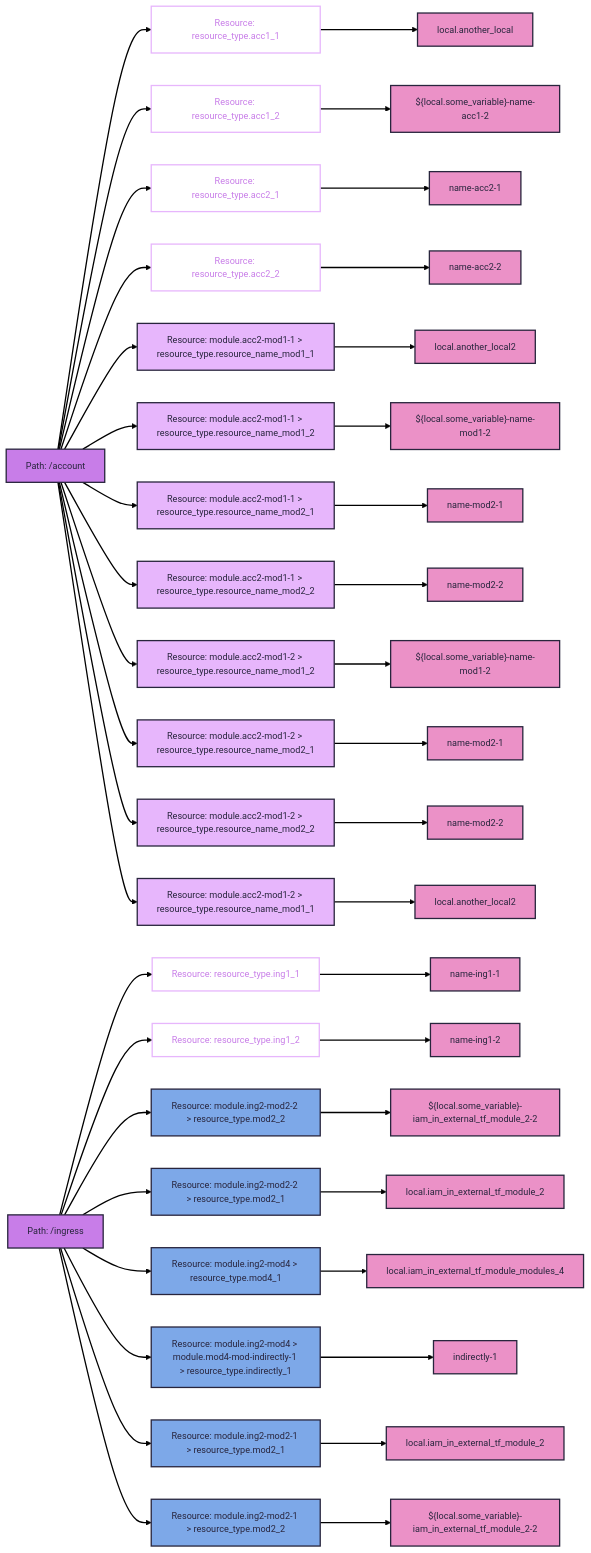
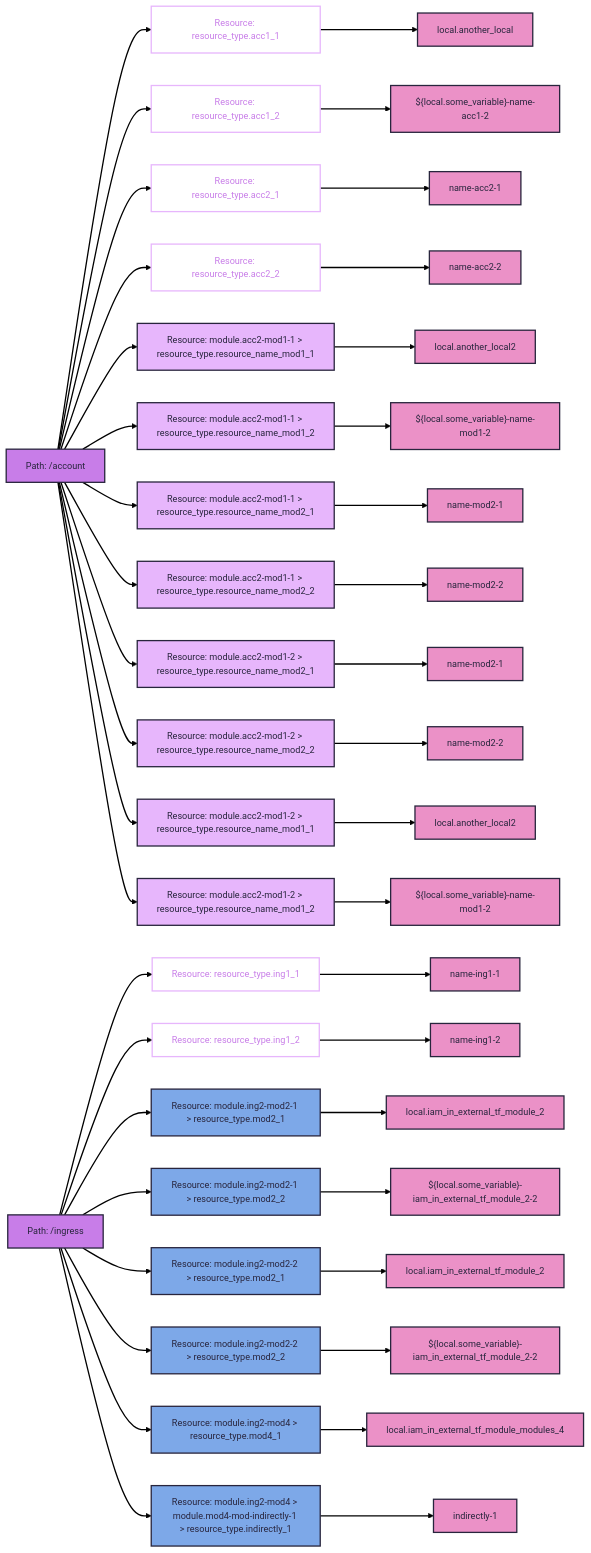
The diagram in output.mmd (keenbytes/tfsketch), drawn with Mermaid before and after one commit. The commit also changed other lines of this file and 2 other files, not shown here.

```diff
--- a/output.mmd
+++ b/output.mmd
@@ -1,30 +1,30 @@
 ---
 config:
   theme: redux
 ---
 flowchart LR
   classDef tf-path fill:#c87de8
   classDef tf-resource-name stroke:#e7b6fc,color:#c87de8
   classDef tf-resource-name-int-mod fill:#e7b6fc
   classDef tf-resource-name-ext-mod fill:#7da8e8
   classDef tf-resource-field-name fill:#eb91c7
   account["Path: /account"]:::tf-path --> account___acc11["Resource: resource_type.acc1_1"]:::tf-resource-name --> account___acc11___FieldName["local.another_local"]:::tf-resource-field-name
   account["Path: /account"]:::tf-path --> account___acc12["Resource: resource_type.acc1_2"]:::tf-resource-name --> account___acc12___FieldName["${local.some_variable}-name-acc1-2"]:::tf-resource-field-name
   account["Path: /account"]:::tf-path --> account___acc21["Resource: resource_type.acc2_1"]:::tf-resource-name --> account___acc21___FieldName["name-acc2-1"]:::tf-resource-field-name
   account["Path: /account"]:::tf-path --> account___acc22["Resource: resource_type.acc2_2"]:::tf-resource-name --> account___acc22___FieldName["name-acc2-2"]:::tf-resource-field-name
   account["Path: /account"]:::tf-path --> account___mod___accountmodulesmodule1___acc2mod11___resourcenamemod11["Resource: module.acc2-mod1-1 > resource_type.resource_name_mod1_1"]:::tf-resource-name-int-mod --> account___mod___accountmodulesmodule1___acc2mod11___resourcenamemod11___FieldName["local.another_local2"]:::tf-resource-field-name
   account["Path: /account"]:::tf-path --> account___mod___accountmodulesmodule1___acc2mod11___resourcenamemod12["Resource: module.acc2-mod1-1 > resource_type.resource_name_mod1_2"]:::tf-resource-name-int-mod --> account___mod___accountmodulesmodule1___acc2mod11___resourcenamemod12___FieldName["${local.some_variable}-name-mod1-2"]:::tf-resource-field-name
   account["Path: /account"]:::tf-path --> account___mod___accountmodulesmodule1___acc2mod11___resourcenamemod21["Resource: module.acc2-mod1-1 > resource_type.resource_name_mod2_1"]:::tf-resource-name-int-mod --> account___mod___accountmodulesmodule1___acc2mod11___resourcenamemod21___FieldName["name-mod2-1"]:::tf-resource-field-name
   account["Path: /account"]:::tf-path --> account___mod___accountmodulesmodule1___acc2mod11___resourcenamemod22["Resource: module.acc2-mod1-1 > resource_type.resource_name_mod2_2"]:::tf-resource-name-int-mod --> account___mod___accountmodulesmodule1___acc2mod11___resourcenamemod22___FieldName["name-mod2-2"]:::tf-resource-field-name
-  account["Path: /account"]:::tf-path --> account___mod___accountmodulesmodule1___acc2mod12___resourcenamemod12["Resource: module.acc2-mod1-2 > resource_type.resource_name_mod1_2"]:::tf-resource-name-int-mod --> account___mod___accountmodulesmodule1___acc2mod12___resourcenamemod12___FieldName["${local.some_variable}-name-mod1-2"]:::tf-resource-field-name
   account["Path: /account"]:::tf-path --> account___mod___accountmodulesmodule1___acc2mod12___resourcenamemod21["Resource: module.acc2-mod1-2 > resource_type.resource_name_mod2_1"]:::tf-resource-name-int-mod --> account___mod___accountmodulesmodule1___acc2mod12___resourcenamemod21___FieldName["name-mod2-1"]:::tf-resource-field-name
   account["Path: /account"]:::tf-path --> account___mod___accountmodulesmodule1___acc2mod12___resourcenamemod22["Resource: module.acc2-mod1-2 > resource_type.resource_name_mod2_2"]:::tf-resource-name-int-mod --> account___mod___accountmodulesmodule1___acc2mod12___resourcenamemod22___FieldName["name-mod2-2"]:::tf-resource-field-name
   account["Path: /account"]:::tf-path --> account___mod___accountmodulesmodule1___acc2mod12___resourcenamemod11["Resource: module.acc2-mod1-2 > resource_type.resource_name_mod1_1"]:::tf-resource-name-int-mod --> account___mod___accountmodulesmodule1___acc2mod12___resourcenamemod11___FieldName["local.another_local2"]:::tf-resource-field-name
+  account["Path: /account"]:::tf-path --> account___mod___accountmodulesmodule1___acc2mod12___resourcenamemod12["Resource: module.acc2-mod1-2 > resource_type.resource_name_mod1_2"]:::tf-resource-name-int-mod --> account___mod___accountmodulesmodule1___acc2mod12___resourcenamemod12___FieldName["${local.some_variable}-name-mod1-2"]:::tf-resource-field-name
   ingress["Path: /ingress"]:::tf-path --> ingress___ing11["Resource: resource_type.ing1_1"]:::tf-resource-name --> ingress___ing11___FieldName["name-ing1-1"]:::tf-resource-field-name
   ingress["Path: /ingress"]:::tf-path --> ingress___ing12["Resource: resource_type.ing1_2"]:::tf-resource-name --> ingress___ing12___FieldName["name-ing1-2"]:::tf-resource-field-name
+  ingress["Path: /ingress"]:::tf-path --> ingress___mod___root___ing2mod21___mod21["Resource: module.ing2-mod2-1 > resource_type.mod2_1"]:::tf-resource-name-ext-mod --> ingress___mod___root___ing2mod21___mod21___FieldName["local.iam_in_external_tf_module_2"]:::tf-resource-field-name
+  ingress["Path: /ingress"]:::tf-path --> ingress___mod___root___ing2mod21___mod22["Resource: module.ing2-mod2-1 > resource_type.mod2_2"]:::tf-resource-name-ext-mod --> ingress___mod___root___ing2mod21___mod22___FieldName["${local.some_variable}-iam_in_external_tf_module_2-2"]:::tf-resource-field-name
+  ingress["Path: /ingress"]:::tf-path --> ingress___mod___root___ing2mod22___mod21["Resource: module.ing2-mod2-2 > resource_type.mod2_1"]:::tf-resource-name-ext-mod --> ingress___mod___root___ing2mod22___mod21___FieldName["local.iam_in_external_tf_module_2"]:::tf-resource-field-name
   ingress["Path: /ingress"]:::tf-path --> ingress___mod___root___ing2mod22___mod22["Resource: module.ing2-mod2-2 > resource_type.mod2_2"]:::tf-resource-name-ext-mod --> ingress___mod___root___ing2mod22___mod22___FieldName["${local.some_variable}-iam_in_external_tf_module_2-2"]:::tf-resource-field-name
-  ingress["Path: /ingress"]:::tf-path --> ingress___mod___root___ing2mod22___mod21["Resource: module.ing2-mod2-2 > resource_type.mod2_1"]:::tf-resource-name-ext-mod --> ingress___mod___root___ing2mod22___mod21___FieldName["local.iam_in_external_tf_module_2"]:::tf-resource-field-name
   ingress["Path: /ingress"]:::tf-path --> ingress___mod___root___ing2mod4___mod41["Resource: module.ing2-mod4 > resource_type.mod4_1"]:::tf-resource-name-ext-mod --> ingress___mod___root___ing2mod4___mod41___FieldName["local.iam_in_external_tf_module_modules_4"]:::tf-resource-field-name
   ingress["Path: /ingress"]:::tf-path --> ingress___mod___root___mod4modindirectly1___indirectly1["Resource: module.ing2-mod4 > module.mod4-mod-indirectly-1 > resource_type.indirectly_1"]:::tf-resource-name-ext-mod --> ingress___mod___root___mod4modindirectly1___indirectly1___FieldName["indirectly-1"]:::tf-resource-field-name
-  ingress["Path: /ingress"]:::tf-path --> ingress___mod___root___ing2mod21___mod21["Resource: module.ing2-mod2-1 > resource_type.mod2_1"]:::tf-resource-name-ext-mod --> ingress___mod___root___ing2mod21___mod21___FieldName["local.iam_in_external_tf_module_2"]:::tf-resource-field-name
-  ingress["Path: /ingress"]:::tf-path --> ingress___mod___root___ing2mod21___mod22["Resource: module.ing2-mod2-1 > resource_type.mod2_2"]:::tf-resource-name-ext-mod --> ingress___mod___root___ing2mod21___mod22___FieldName["${local.some_variable}-iam_in_external_tf_module_2-2"]:::tf-resource-field-name
```
